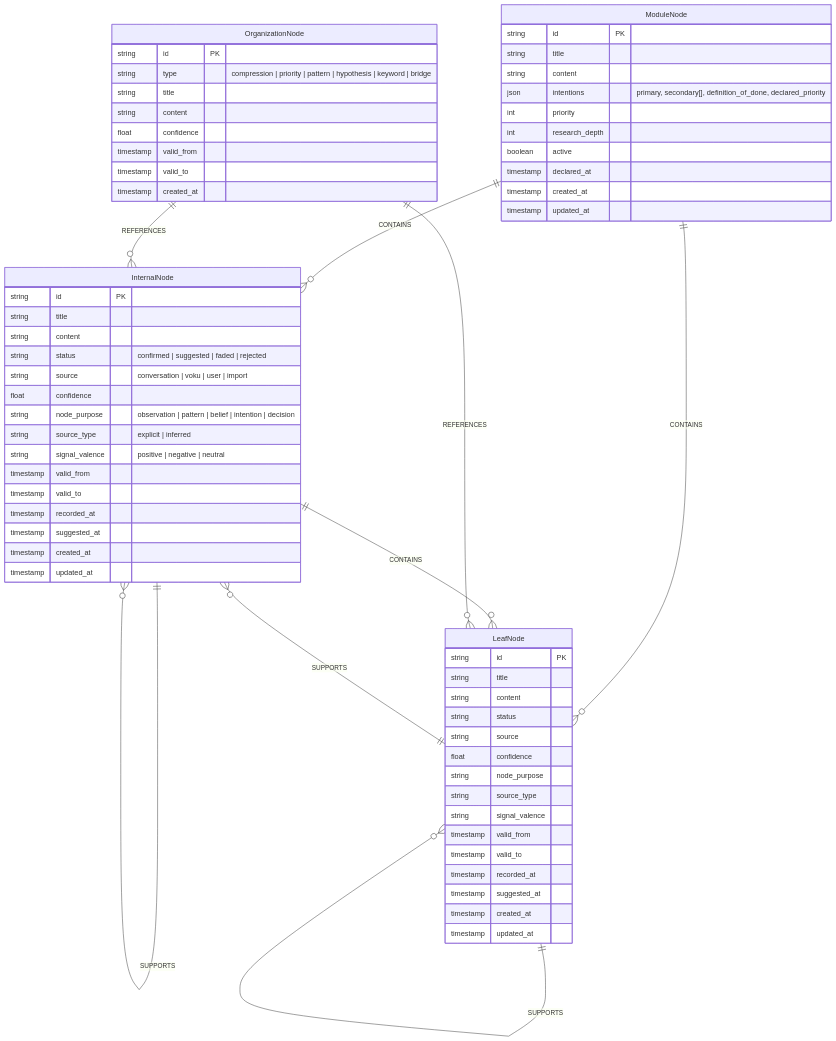
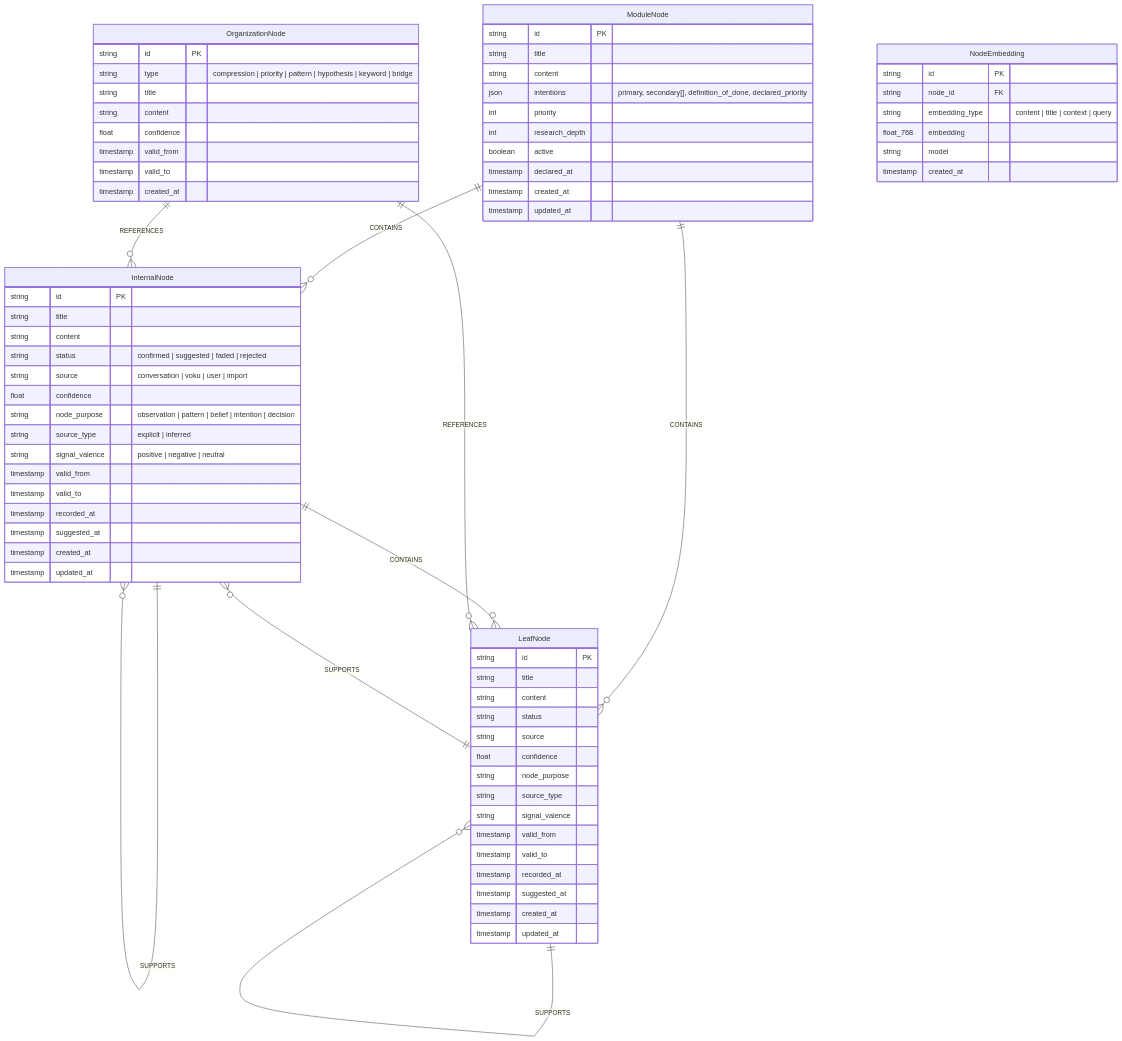
The first of 6 diagrams in docs/ARCHITECTURE_DIAGRAMS.md (jmin1219/voku), drawn with Mermaid before and after one commit. The commit also changed other lines of this file and 2 other files, not shown here.

````diff
--- a/docs/ARCHITECTURE_DIAGRAMS.md
+++ b/docs/ARCHITECTURE_DIAGRAMS.md
@@ -10,72 +10,81 @@
 ```mermaid
 erDiagram
     ModuleNode {
         string id PK
         string title
         string content
         json intentions "primary, secondary[], definition_of_done, declared_priority"
         int priority
         int research_depth
         boolean active
         timestamp declared_at
         timestamp created_at
         timestamp updated_at
     }
-    
+
     InternalNode {
         string id PK
         string title
         string content
         string status "confirmed | suggested | faded | rejected"
         string source "conversation | voku | user | import"
         float confidence
         string node_purpose "observation | pattern | belief | intention | decision"
         string source_type "explicit | inferred"
         string signal_valence "positive | negative | neutral"
         timestamp valid_from
         timestamp valid_to
         timestamp recorded_at
         timestamp suggested_at
         timestamp created_at
         timestamp updated_at
     }
-    
+
     LeafNode {
         string id PK
         string title
         string content
         string status
         string source
         float confidence
         string node_purpose
         string source_type
         string signal_valence
         timestamp valid_from
         timestamp valid_to
         timestamp recorded_at
         timestamp suggested_at
         timestamp created_at
         timestamp updated_at
     }
-    
+
     OrganizationNode {
         string id PK
         string type "compression | priority | pattern | hypothesis | keyword | bridge"
         string title
         string content
         float confidence
         timestamp valid_from
         timestamp valid_to
         timestamp created_at
     }
-    
+
+    NodeEmbedding {
+        string id PK
+        string node_id FK
+        string embedding_type "content | title | context | query"
+        float_768 embedding
+        string model
+        timestamp created_at
+    }
+
     ModuleNode ||--o{ InternalNode : "CONTAINS"
     ModuleNode ||--o{ LeafNode : "CONTAINS"
     InternalNode ||--o{ InternalNode : "CONTAINS"
     InternalNode ||--o{ LeafNode : "CONTAINS"
     LeafNode ||--o{ LeafNode : "SUPPORTS"
     LeafNode ||--o{ InternalNode : "SUPPORTS"
     InternalNode ||--o{ InternalNode : "SUPPORTS"
     OrganizationNode ||--o{ LeafNode : "REFERENCES"
     OrganizationNode ||--o{ InternalNode : "REFERENCES"
 ```
````
